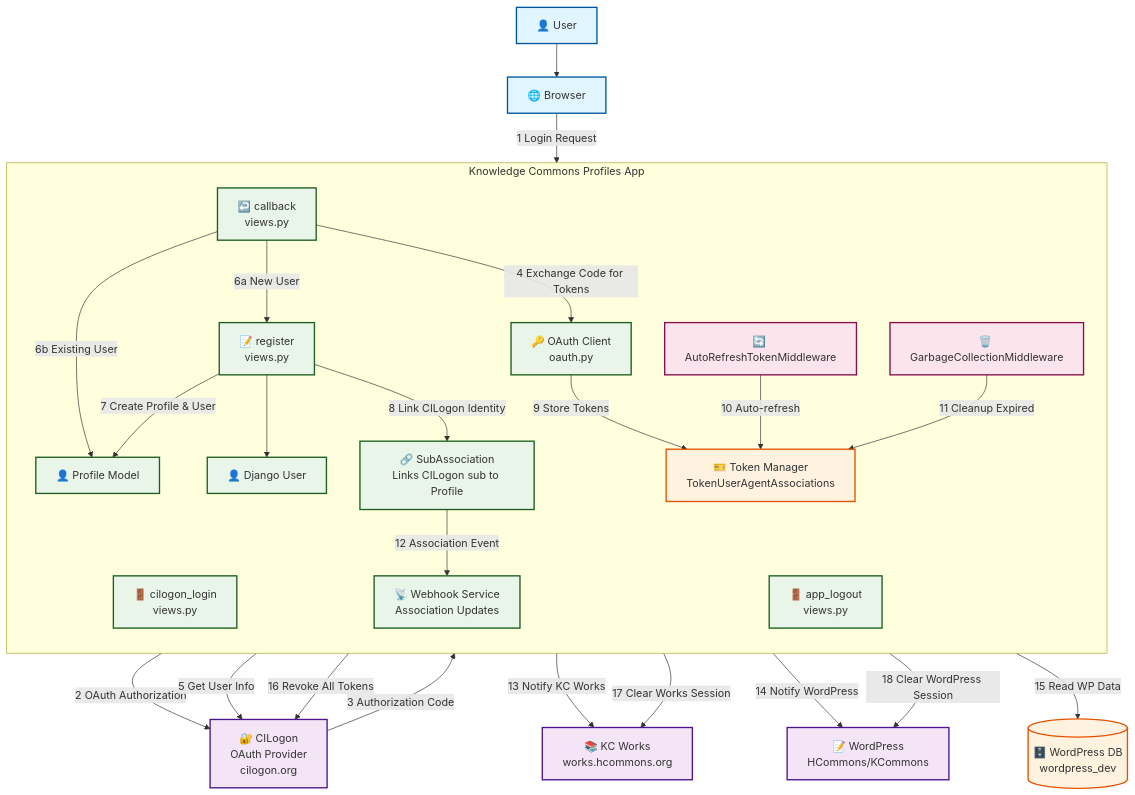
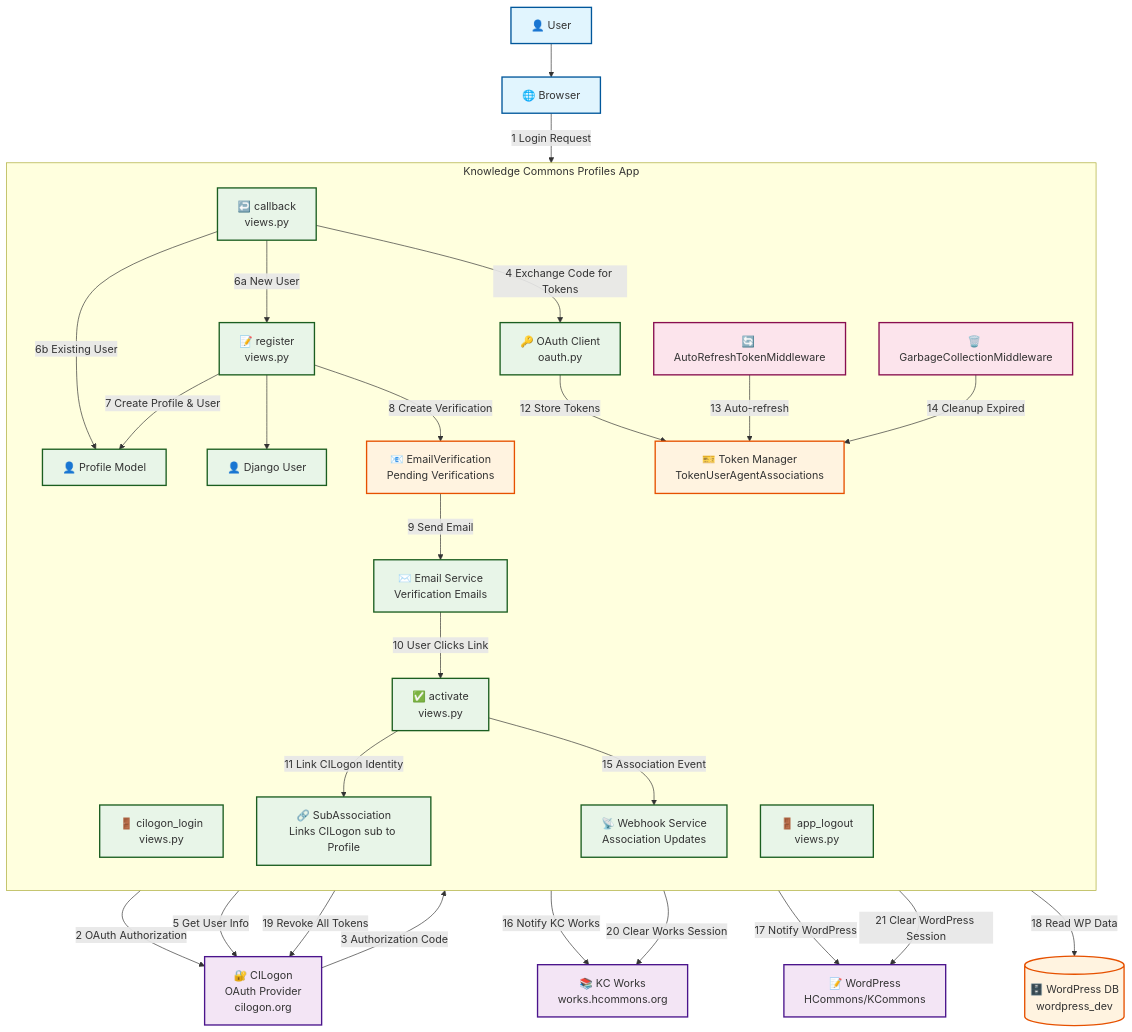
One commit to MESH-Research/knowledge-commons-profiles changed the diagram in docs/cilogon/cilogon_oauth_flow_diagram.md. Above: the diagram before and after it, drawn with Mermaid. The commit also changed other lines of this file and 3 other files, not shown here.

````diff
--- a/docs/cilogon/cilogon_oauth_flow_diagram.md
+++ b/docs/cilogon/cilogon_oauth_flow_diagram.md
@@ -31,8 +31,11 @@
         Profile[👤 Profile Model]
         SubAssoc[🔗 SubAssociation<br/>Links CILogon sub to Profile]
         DjangoUser[👤 Django User]
-        
-        %% External Integrations
+        EmailVerify[📧 EmailVerification<br/>Pending Verifications]
+
+        %% Email and External Integrations
+        EmailService[✉️ Email Service<br/>Verification Emails]
+        ActivateView[✅ activate<br/>views.py]
         Webhook[📡 Webhook Service<br/>Association Updates]
         
         %% Middleware
@@ -55,25 +58,28 @@
     CallbackView -->|6b Existing User| Profile
     RegisterView -->|7 Create Profile & User| Profile
     RegisterView --> DjangoUser
-    RegisterView -->|8 Link CILogon Identity| SubAssoc
+    RegisterView -->|8 Create Verification| EmailVerify
+    EmailVerify -->|9 Send Email| EmailService
+    EmailService -->|10 User Clicks Link| ActivateView
+    ActivateView -->|11 Link CILogon Identity| SubAssoc
     
     %% Flow 3: Token Management
-    OAuthClient -->|9 Store Tokens| TokenManager
-    RefreshMiddleware -->|10 Auto-refresh| TokenManager
-    GCMiddleware -->|11 Cleanup Expired| TokenManager
-    
+    OAuthClient -->|12 Store Tokens| TokenManager
+    RefreshMiddleware -->|13 Auto-refresh| TokenManager
+    GCMiddleware -->|14 Cleanup Expired| TokenManager
+
     %% Flow 4: External System Integration
-    SubAssoc -->|12 Association Event| Webhook
-    Webhook -->|13 Notify KC Works| Works
-    Webhook -->|14 Notify WordPress| WordPress
-    
+    ActivateView -->|15 Association Event| Webhook
+    Webhook -->|16 Notify KC Works| Works
+    Webhook -->|17 Notify WordPress| WordPress
+
     %% Flow 5: WordPress Data Access
-    Profile -->|15 Read WP Data| WPDB
-    
+    Profile -->|18 Read WP Data| WPDB
+
     %% Flow 6: Multi-App Logout
-    LogoutView -->|16 Revoke All Tokens| CILogon
-    LogoutView -->|17 Clear Works Session| Works
-    LogoutView -->|18 Clear WordPress Session| WordPress
+    LogoutView -->|19 Revoke All Tokens| CILogon
+    LogoutView -->|20 Clear Works Session| Works
+    LogoutView -->|21 Clear WordPress Session| WordPress
     
     %% Styling
     classDef userStyle fill:#e1f5fe,stroke:#01579b,stroke-width:2px
@@ -84,7 +90,7 @@
     
     class User,Browser userStyle
     class CILogon,Works,WordPress externalStyle
-    class LoginView,CallbackView,RegisterView,LogoutView,OAuthClient,Profile,SubAssoc,DjangoUser,Webhook appStyle
-    class WPDB,TokenManager dataStyle
+    class LoginView,CallbackView,RegisterView,LogoutView,ActivateView,OAuthClient,Profile,SubAssoc,DjangoUser,Webhook,EmailService appStyle
+    class WPDB,TokenManager,EmailVerify dataStyle
     class RefreshMiddleware,GCMiddleware middlewareStyle
 ```
````
